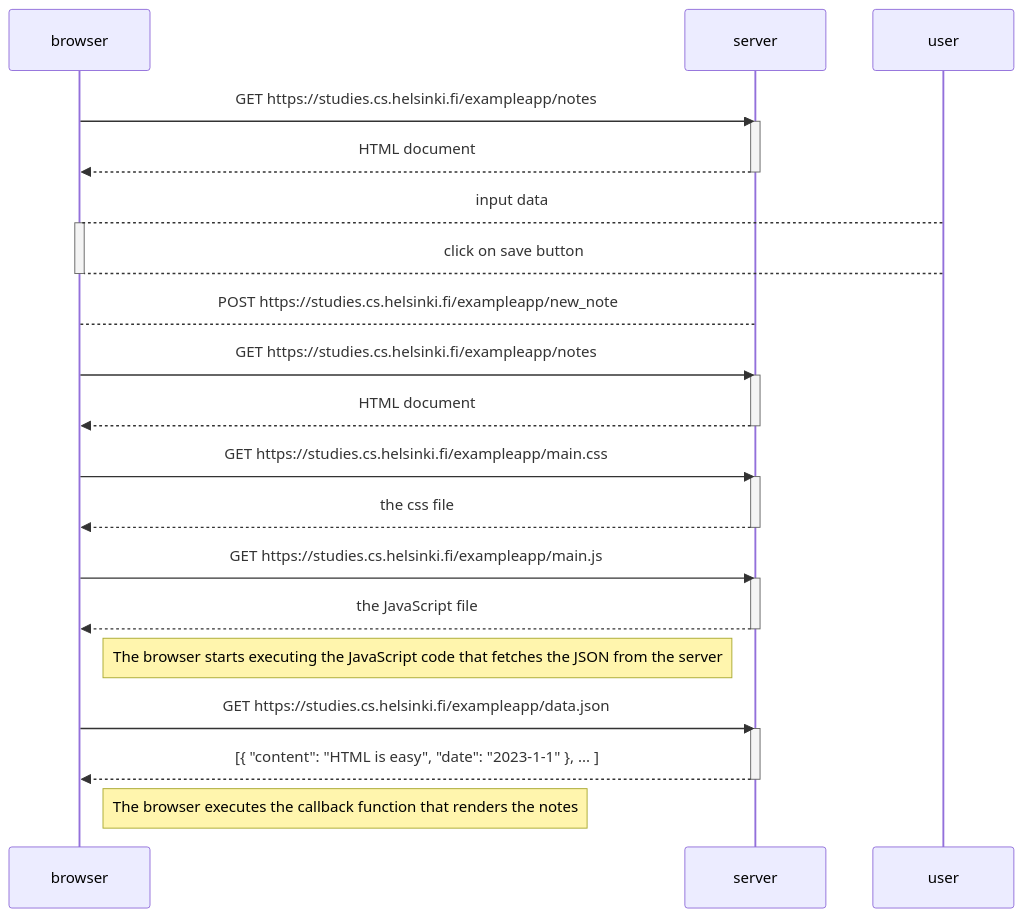
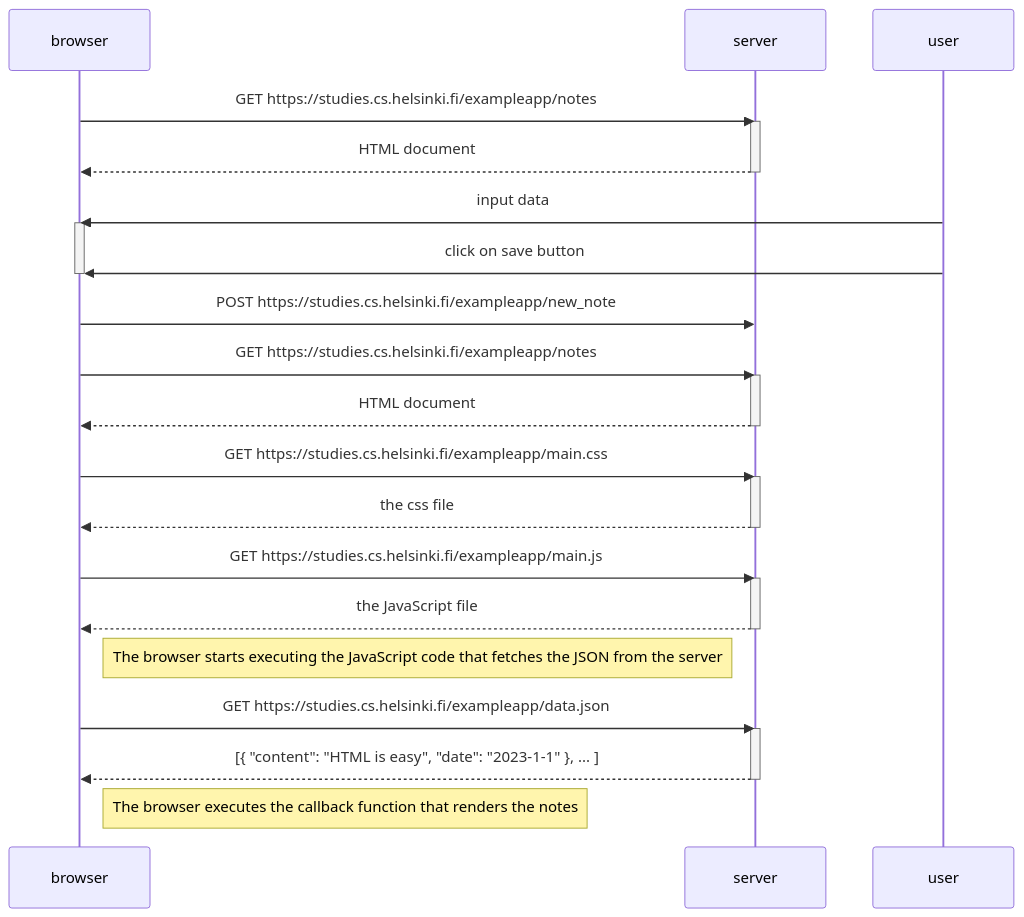
One commit to 24Akshat/fullstackopen changed the diagram in mermaid.md. Above: the diagram before and after it, drawn with Mermaid.

````diff
--- a/mermaid.md
+++ b/mermaid.md
@@ -1,40 +1,40 @@
 ```mermaid
 sequenceDiagram
     participant browser
     participant server
     participant user
 
     browser->>server: GET https://studies.cs.helsinki.fi/exampleapp/notes
     activate server
     server-->>browser: HTML document
     deactivate server
 
-    user --> browser : input data
+    user ->> browser : input data
     activate browser
-    user --> browser : click on save button
+    user ->> browser : click on save button
     deactivate browser
-    browser --> server : POST https://studies.cs.helsinki.fi/exampleapp/new_note
+    browser ->> server : POST https://studies.cs.helsinki.fi/exampleapp/new_note
     browser->>server: GET https://studies.cs.helsinki.fi/exampleapp/notes
     activate server
     server-->>browser: HTML document
     deactivate server
 
     browser->>server: GET https://studies.cs.helsinki.fi/exampleapp/main.css
     activate server
     server-->>browser: the css file
     deactivate server
 
     browser->>server: GET https://studies.cs.helsinki.fi/exampleapp/main.js
     activate server
     server-->>browser: the JavaScript file
     deactivate server
 
     Note right of browser: The browser starts executing the JavaScript code that fetches the JSON from the server
 
     browser->>server: GET https://studies.cs.helsinki.fi/exampleapp/data.json
     activate server
     server-->>browser: [{ "content": "HTML is easy", "date": "2023-1-1" }, ... ]
     deactivate server
 
     Note right of browser: The browser executes the callback function that renders the notes
 ```
````
